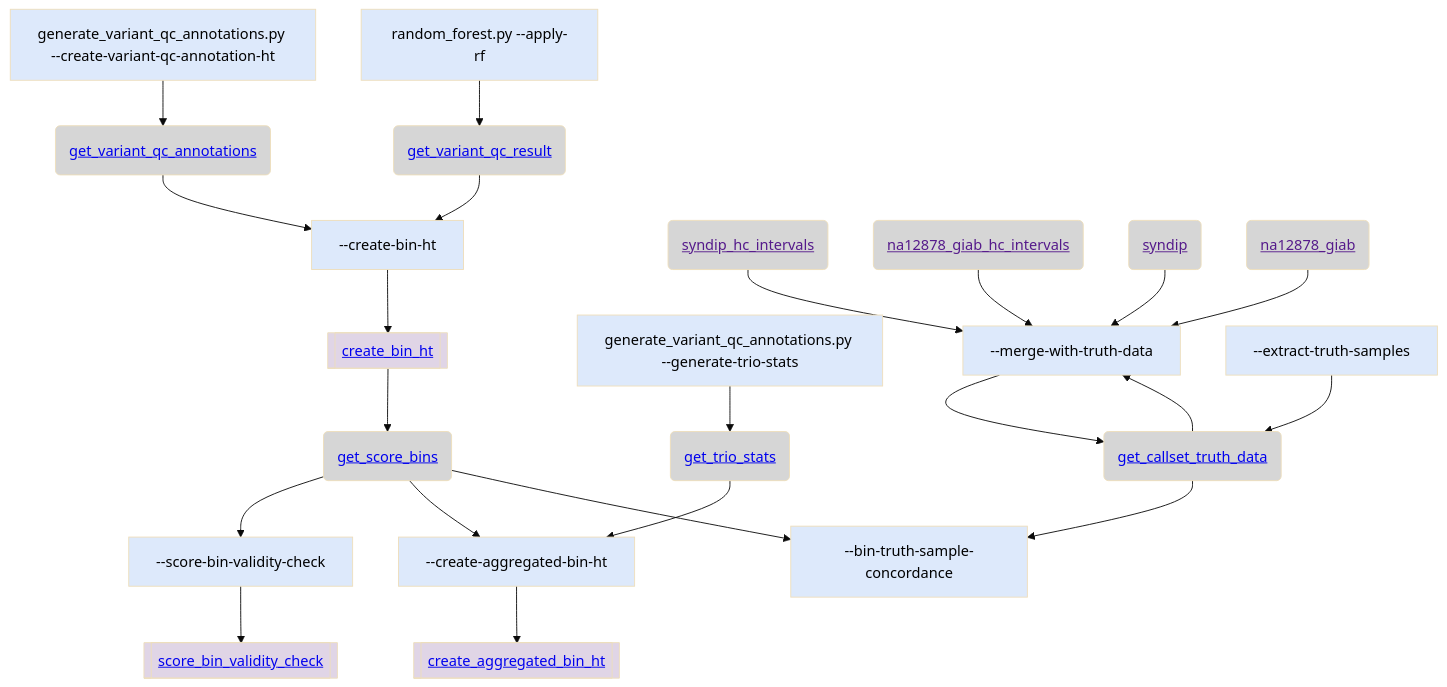
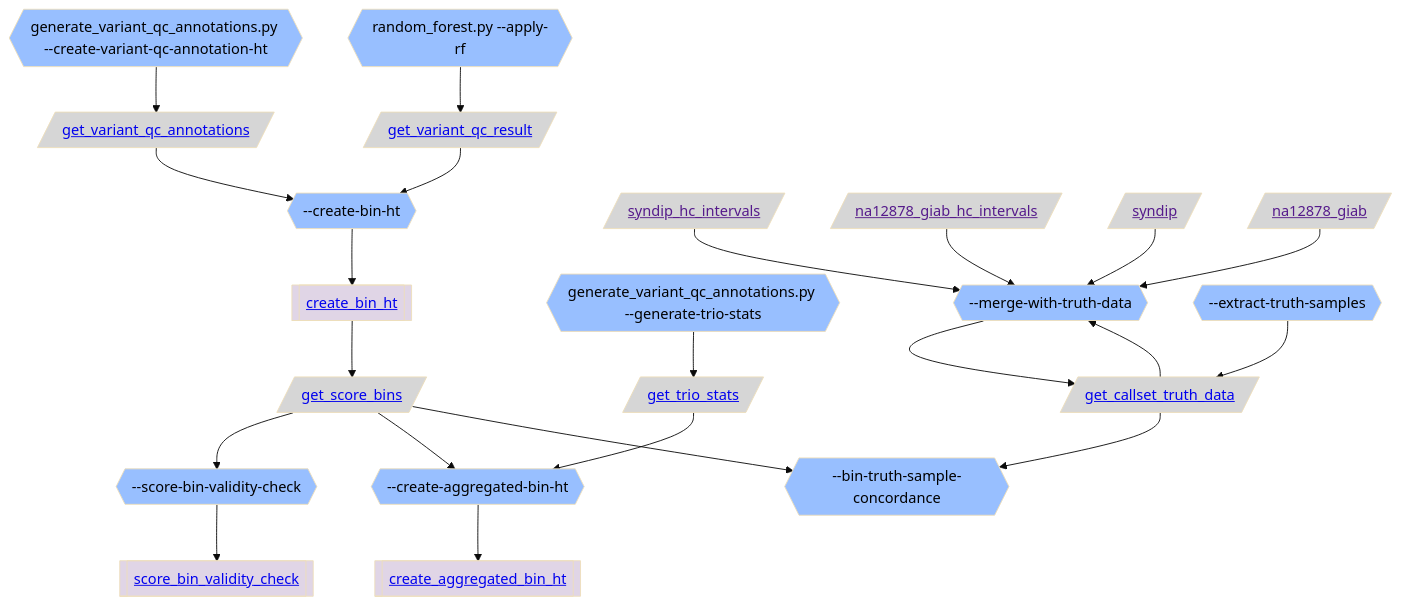
One commit to broadinstitute/gnomad_qc changed the third of 5 diagrams in gnomad_qc/v4/variant_qc/README.md. Above: the diagram before and after it, drawn with Mermaid (base theme). The commit also changed other lines of this file and 4 other files, not shown here.

````diff
--- a/gnomad_qc/v4/variant_qc/README.md
+++ b/gnomad_qc/v4/variant_qc/README.md
@@ -98,53 +98,53 @@
 ```mermaid
 flowchart TB;
   classDef script_color fill:#2C5D4A,color:#000000
-  classDef step_color fill:#DDE9FB,color:#000000
+  classDef step_color fill:#98BFFF,color:#000000
   classDef func_color fill:#E0D5E6,color:#000000
   classDef gnomad_methods_color fill:#F9F2CE,color:#000000
   classDef hail_color fill:#FAEACE,color:#000000
   classDef resource_color fill:#D6D6D6,color:#000000
   classDef validity_check_color fill:#2C5D4A,color:#000000
 
-  step_create_variant_qc_annotation_ht["generate_variant_qc_annotations.py --create-variant-qc-annotation-ht"]:::step_color;
-  resource_get_variant_qc_annotations("<a href='https://github.com/broadinstitute/gnomad_qc/tree/main/gnomad_qc/v4/resources/annotations.py#L149'>get_variant_qc_annotations</a>"):::resource_color;
-  step_create_bin_ht["--create-bin-ht"]:::step_color;
+  step_create_variant_qc_annotation_ht{{"generate_variant_qc_annotations.py --create-variant-qc-annotation-ht"}}:::step_color;
+  resource_get_variant_qc_annotations[/"<a href='https://github.com/broadinstitute/gnomad_qc/tree/main/gnomad_qc/v4/resources/annotations.py#L149'>get_variant_qc_annotations</a>"/]:::resource_color;
+  step_create_bin_ht{{"--create-bin-ht"}}:::step_color;
   func_create_bin_ht[["<a href='https://github.com/broadinstitute/gnomad_qc/tree/main/gnomad_qc/v4/variant_qc/evaluation.py#L42'>create_bin_ht</a>"]]:::func_color;
-  resource_get_variant_qc_result("<a href='https://github.com/broadinstitute/gnomad_qc/tree/main/gnomad_qc/v4/resources/variant_qc.py#L257'>get_variant_qc_result</a>"):::resource_color;
-  step_apply_rf["random_forest.py --apply-rf"]:::step_color;
-  resource_get_score_bins("<a href='https://github.com/broadinstitute/gnomad_qc/tree/main/gnomad_qc/v4/resources/variant_qc.py#L156'>get_score_bins</a>"):::resource_color;
-  step_score_bin_validity_check["--score-bin-validity-check"]:::step_color;
+  resource_get_variant_qc_result[/"<a href='https://github.com/broadinstitute/gnomad_qc/tree/main/gnomad_qc/v4/resources/variant_qc.py#L257'>get_variant_qc_result</a>"/]:::resource_color;
+  step_apply_rf{{"random_forest.py --apply-rf"}}:::step_color;
+  resource_get_score_bins[/"<a href='https://github.com/broadinstitute/gnomad_qc/tree/main/gnomad_qc/v4/resources/variant_qc.py#L156'>get_score_bins</a>"/]:::resource_color;
+  step_score_bin_validity_check{{"--score-bin-validity-check"}}:::step_color;
   func_score_bin_validity_check[["<a href='https://github.com/broadinstitute/gnomad_qc/tree/main/gnomad_qc/v4/variant_qc/evaluation.py#L112'>score_bin_validity_check</a>"]]:::func_color;
-  step_create_aggregated_bin_ht["--create-aggregated-bin-ht"]:::step_color;
+  step_create_aggregated_bin_ht{{"--create-aggregated-bin-ht"}}:::step_color;
   func_create_aggregated_bin_ht[["<a href='https://github.com/broadinstitute/gnomad_qc/tree/main/gnomad_qc/v4/variant_qc/evaluation.py#L135'>create_aggregated_bin_ht</a>"]]:::func_color;
-  step_generate_trio_stats["generate_variant_qc_annotations.py --generate-trio-stats"]:::step_color;
-  resource_get_trio_stats("<a href='https://github.com/broadinstitute/gnomad_qc/tree/main/gnomad_qc/v4/resources/annotations.py#L113'>get_trio_stats</a>"):::resource_color;
-  step_bin_truth_sample_concordance["--bin-truth-sample-concordance"]:::step_color;
-  step_merge_with_truth_data["--merge-with-truth-data"]:::step_color;
-  resource_get_callset_truth_data("<a href='https://github.com/broadinstitute/gnomad_qc/tree/main/gnomad_qc/v4/resources/variant_qc.py#L119'>get_callset_truth_data</a>"):::resource_color;
-  step_extract_truth_samples["--extract-truth-samples"]:::step_color;
-  resource_syndip_hc_intervals("<a href=''>syndip_hc_intervals</a>"):::resource_color;
-  resource_na12878_giab_hc_intervals("<a href=''>na12878_giab_hc_intervals</a>"):::resource_color;
-  resource_syndip("<a href=''>syndip</a>"):::resource_color;
-  resource_na12878_giab("<a href=''>na12878_giab</a>"):::resource_color;
+  step_generate_trio_stats{{"generate_variant_qc_annotations.py --generate-trio-stats"}}:::step_color;
+  resource_get_trio_stats[/"<a href='https://github.com/broadinstitute/gnomad_qc/tree/main/gnomad_qc/v4/resources/annotations.py#L113'>get_trio_stats</a>"/]:::resource_color;
+  step_bin_truth_sample_concordance{{"--bin-truth-sample-concordance"}}:::step_color;
+  step_merge_with_truth_data{{"--merge-with-truth-data"}}:::step_color;
+  resource_get_callset_truth_data[/"<a href='https://github.com/broadinstitute/gnomad_qc/tree/main/gnomad_qc/v4/resources/variant_qc.py#L119'>get_callset_truth_data</a>"/]:::resource_color;
+  step_extract_truth_samples{{"--extract-truth-samples"}}:::step_color;
+  resource_syndip_hc_intervals[/"<a href=''>syndip_hc_intervals</a>"/]:::resource_color;
+  resource_na12878_giab_hc_intervals[/"<a href=''>na12878_giab_hc_intervals</a>"/]:::resource_color;
+  resource_syndip[/"<a href=''>syndip</a>"/]:::resource_color;
+  resource_na12878_giab[/"<a href=''>na12878_giab</a>"/]:::resource_color;
   step_create_variant_qc_annotation_ht --> resource_get_variant_qc_annotations;
   resource_get_variant_qc_annotations --> step_create_bin_ht;
   step_create_bin_ht --> func_create_bin_ht;
   resource_get_variant_qc_result --> step_create_bin_ht;
   step_apply_rf --> resource_get_variant_qc_result;
   func_create_bin_ht --> resource_get_score_bins;
   resource_get_score_bins --> step_score_bin_validity_check;
   step_score_bin_validity_check --> func_score_bin_validity_check;
   resource_get_score_bins --> step_create_aggregated_bin_ht;
   step_create_aggregated_bin_ht --> func_create_aggregated_bin_ht;
   step_generate_trio_stats --> resource_get_trio_stats;
   resource_get_trio_stats --> step_create_aggregated_bin_ht;
   resource_get_score_bins --> step_bin_truth_sample_concordance;
   step_merge_with_truth_data --> resource_get_callset_truth_data;
   resource_get_callset_truth_data --> step_bin_truth_sample_concordance;
   step_extract_truth_samples --> resource_get_callset_truth_data;
   resource_get_callset_truth_data --> step_merge_with_truth_data;
   resource_syndip_hc_intervals --> step_merge_with_truth_data;
   resource_na12878_giab_hc_intervals --> step_merge_with_truth_data;
   resource_syndip --> step_merge_with_truth_data;
   resource_na12878_giab --> step_merge_with_truth_data;
 ```
````
